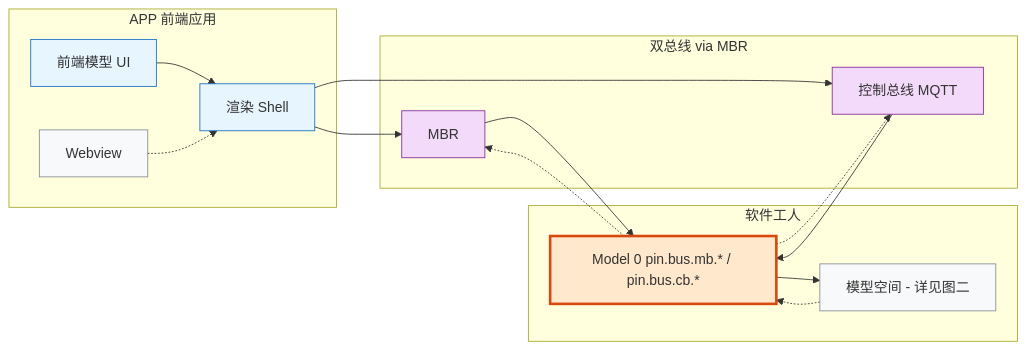
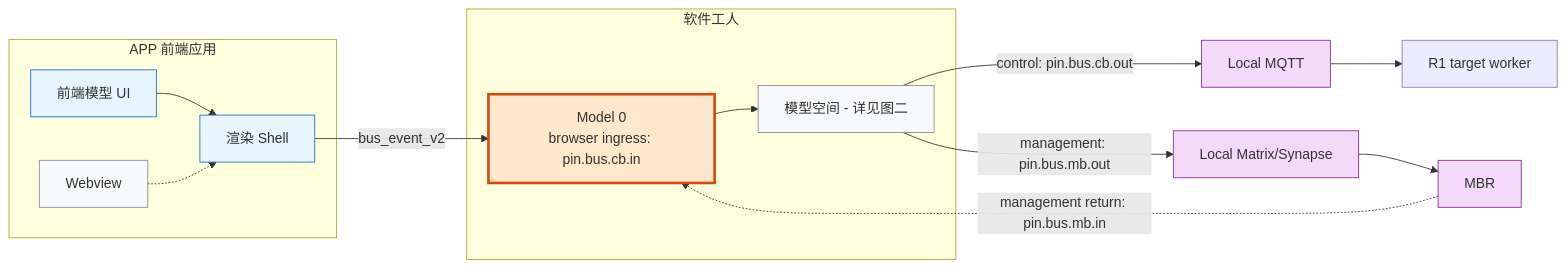
The first of 2 diagrams in docs/ssot/ui_model_pin_routing_architecture.md (drooop/dongyu_js_core), drawn with Mermaid before and after one commit. The commit also changed other lines of this file and 101 other files, not shown here.

````diff
--- a/docs/ssot/ui_model_pin_routing_architecture.md
+++ b/docs/ssot/ui_model_pin_routing_architecture.md
@@ -40,37 +40,37 @@
 ```mermaid
 graph LR
     subgraph app["APP 前端应用"]
         fm["前端模型 UI"]
         shell["渲染 Shell"]
         wv["Webview"]
         fm --> shell
         wv -.-> shell
     end
 
-    subgraph bus["双总线 via MBR"]
-        mgmt["MBR"]
-        ctrl["控制总线 MQTT"]
-    end
-
     subgraph sw["软件工人"]
-    m0["Model 0 pin.bus.mb.* / pin.bus.cb.*"]
+        m0["Model 0<br/>browser ingress: pin.bus.cb.in"]
         ms["模型空间 - 详见图二"]
     end
 
-    shell --> mgmt
-    shell --> ctrl
-    mgmt --> m0
-    ctrl --> m0
+    ctrl["Local MQTT"]
+    r1["R1 target worker"]
+    matrix["Local Matrix/Synapse"]
+    mbr["MBR"]
+
+    shell -->|"bus_event_v2"| m0
     m0 --> ms
-    ms -.-> m0
-    m0 -.-> mgmt
-    m0 -.-> ctrl
+    ms -->|"control: pin.bus.cb.out"| ctrl
+    ctrl --> r1
+    ms -->|"management: pin.bus.mb.out"| matrix
+    matrix --> mbr
+    mbr -.->|"management return: pin.bus.mb.in"| m0
 
     style m0 fill:#ffe8cc,stroke:#d9480f,stroke-width:3px,color:#333
     style ms fill:#f8f9fa,stroke:#868e96,color:#333
     style shell fill:#e7f5ff,stroke:#1971c2,color:#333
     style fm fill:#e7f5ff,stroke:#1971c2,color:#333
     style wv fill:#f8f9fa,stroke:#868e96,color:#333
-    style mgmt fill:#f3d9fa,stroke:#862e9c,color:#333
+    style mbr fill:#f3d9fa,stroke:#862e9c,color:#333
+    style matrix fill:#f3d9fa,stroke:#862e9c,color:#333
     style ctrl fill:#f3d9fa,stroke:#862e9c,color:#333
 ```
````
